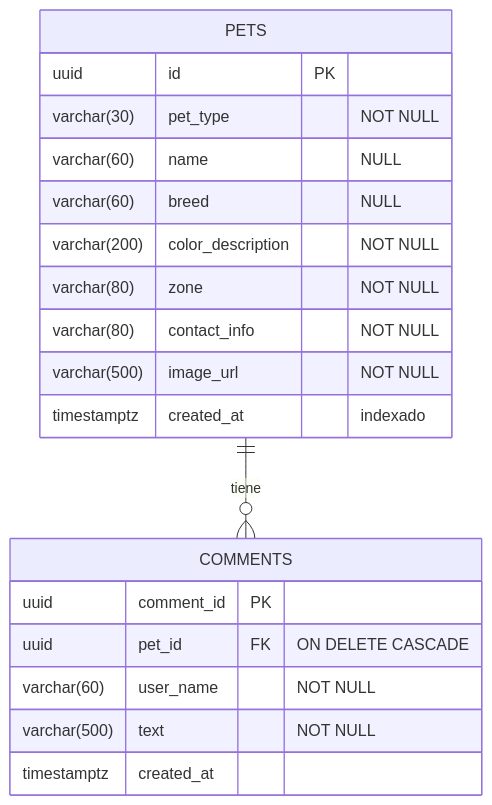
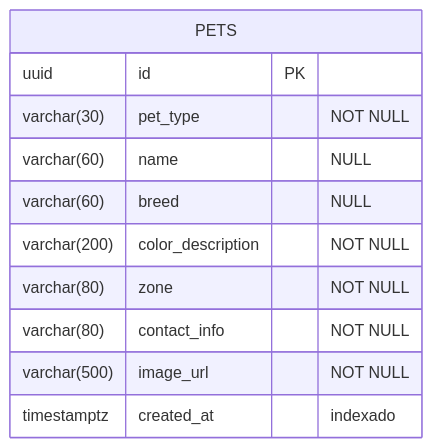
One commit to ArmandoGJ21/RegresaACasa changed the diagram in docs/modelo-datos.md. Above: the diagram before and after it, drawn with Mermaid. The commit also changed other lines of this file and 30 other files, not shown here.

````diff
--- a/docs/modelo-datos.md
+++ b/docs/modelo-datos.md
@@ -7,22 +7,14 @@
 ```mermaid
 erDiagram
-    PETS ||--o{ COMMENTS : tiene
     PETS {
         uuid id PK
         varchar(30) pet_type "NOT NULL"
         varchar(60) name "NULL"
         varchar(60) breed "NULL"
         varchar(200) color_description "NOT NULL"
         varchar(80) zone "NOT NULL"
         varchar(80) contact_info "NOT NULL"
         varchar(500) image_url "NOT NULL"
         timestamptz created_at "indexado"
     }
-    COMMENTS {
-        uuid comment_id PK
-        uuid pet_id FK "ON DELETE CASCADE"
-        varchar(60) user_name "NOT NULL"
-        varchar(500) text "NOT NULL"
-        timestamptz created_at
-    }
 ```
````
